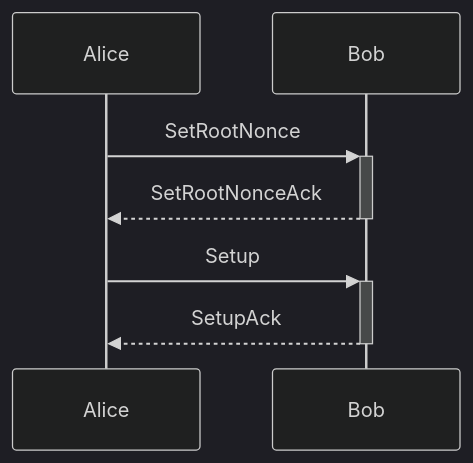
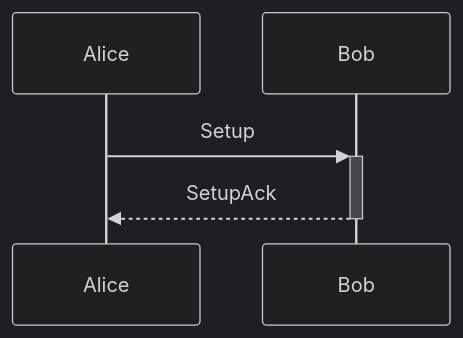
Before and after one commit to counterfactual/monorepo: the diagram in packages/specs/source/diagrams/setup-protocol-exchange.mmd, drawn with Mermaid (dark theme). The commit also changed 35 other files, not shown here.

Commit message:
remove root nonce

```diff
--- a/packages/specs/source/diagrams/setup-protocol-exchange.mmd
+++ b/packages/specs/source/diagrams/setup-protocol-exchange.mmd
@@ -1,5 +1,3 @@
 sequenceDiagram
-    Alice->>+Bob: SetRootNonce
-    Bob-->>-Alice: SetRootNonceAck
     Alice->>+Bob: Setup
     Bob-->>-Alice: SetupAck
```
